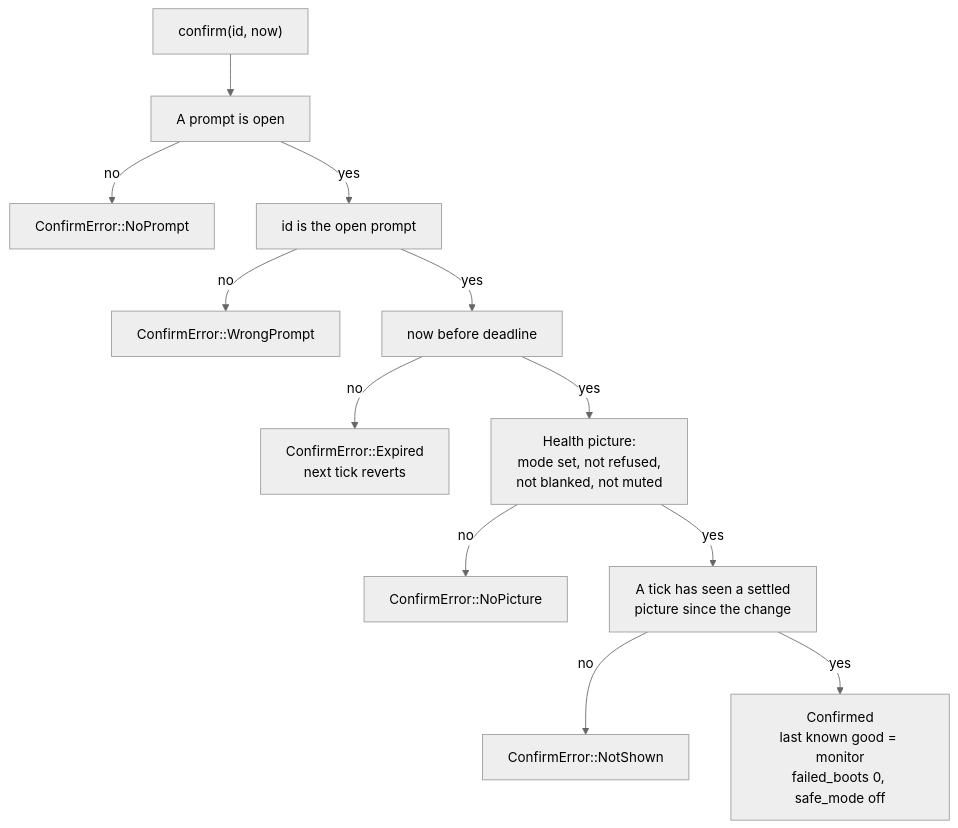
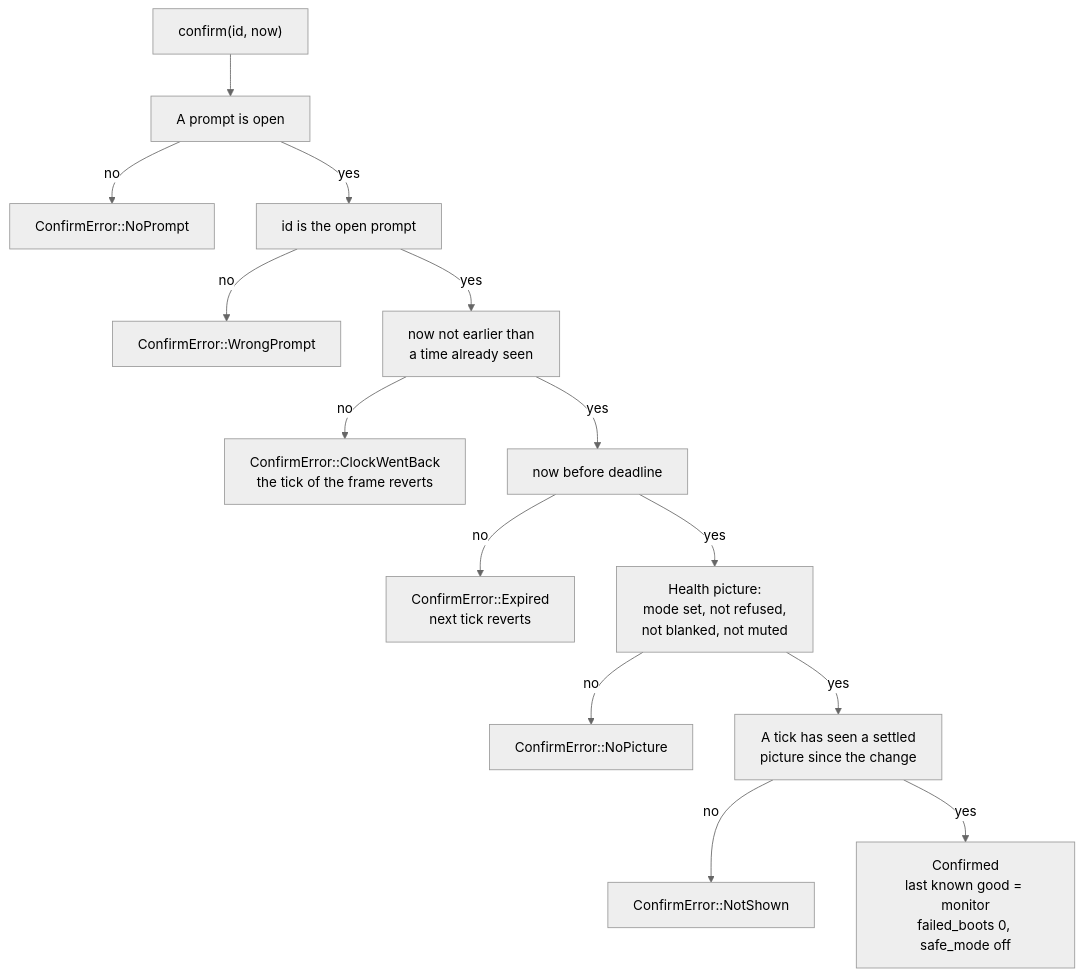
The fourth of 5 diagrams in docs/flows/03-guard.md (paologaleotti/neptron), drawn with Mermaid (neutral theme) before and after one commit. The commit also changed other lines of this file and 7 other files, not shown here.

````diff
--- a/docs/flows/03-guard.md
+++ b/docs/flows/03-guard.md
@@ -71,14 +76,16 @@
 ```mermaid
 flowchart TD
     A["confirm(id, now)"] --> B["A prompt is open"]
     B -->|"no"| E1["ConfirmError::NoPrompt"]
     B -->|"yes"| C["id is the open prompt"]
     C -->|"no"| E2["ConfirmError::WrongPrompt"]
-    C -->|"yes"| D["now before deadline"]
+    C -->|"yes"| W["now not earlier than<br/>a time already seen"]
+    W -->|"no"| E6["ConfirmError::ClockWentBack<br/>the tick of the frame reverts"]
+    W -->|"yes"| D["now before deadline"]
     D -->|"no"| E3["ConfirmError::Expired<br/>next tick reverts"]
     D -->|"yes"| F["Health picture:<br/>mode set, not refused,<br/>not blanked, not muted"]
     F -->|"no"| E4["ConfirmError::NoPicture"]
     F -->|"yes"| G["A tick has seen a settled<br/>picture since the change"]
     G -->|"no"| E5["ConfirmError::NotShown"]
     G -->|"yes"| OK["Confirmed<br/>last known good = monitor<br/>failed_boots 0, safe_mode off"]
 ```
````
